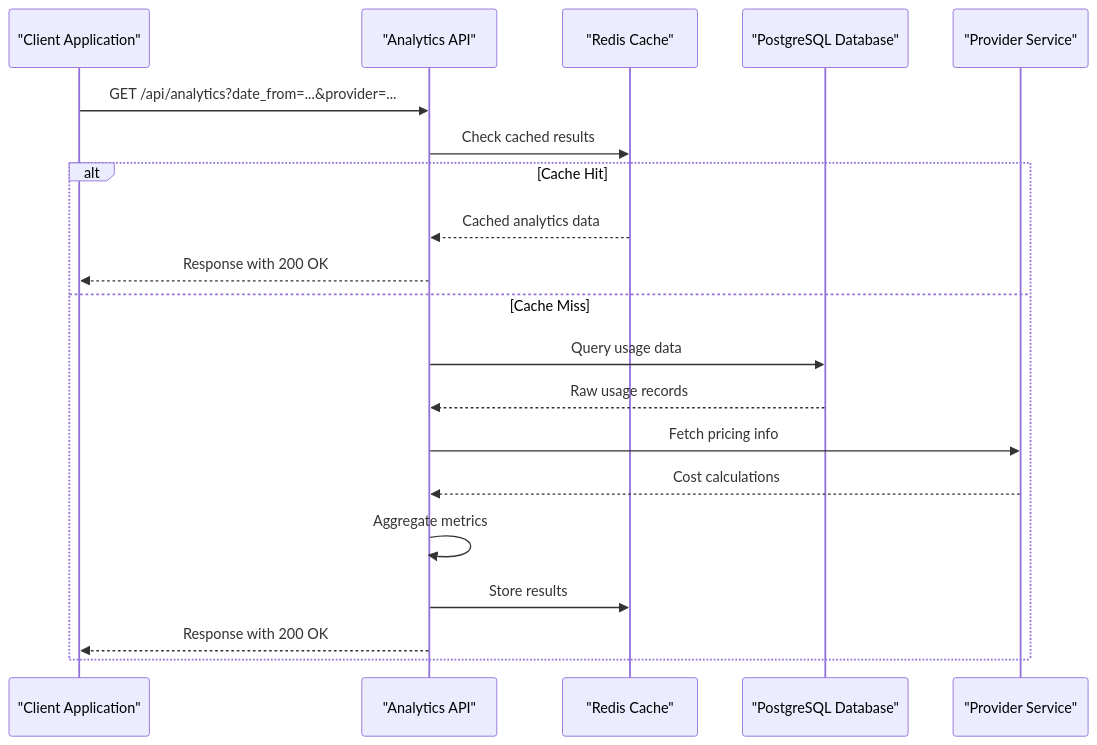
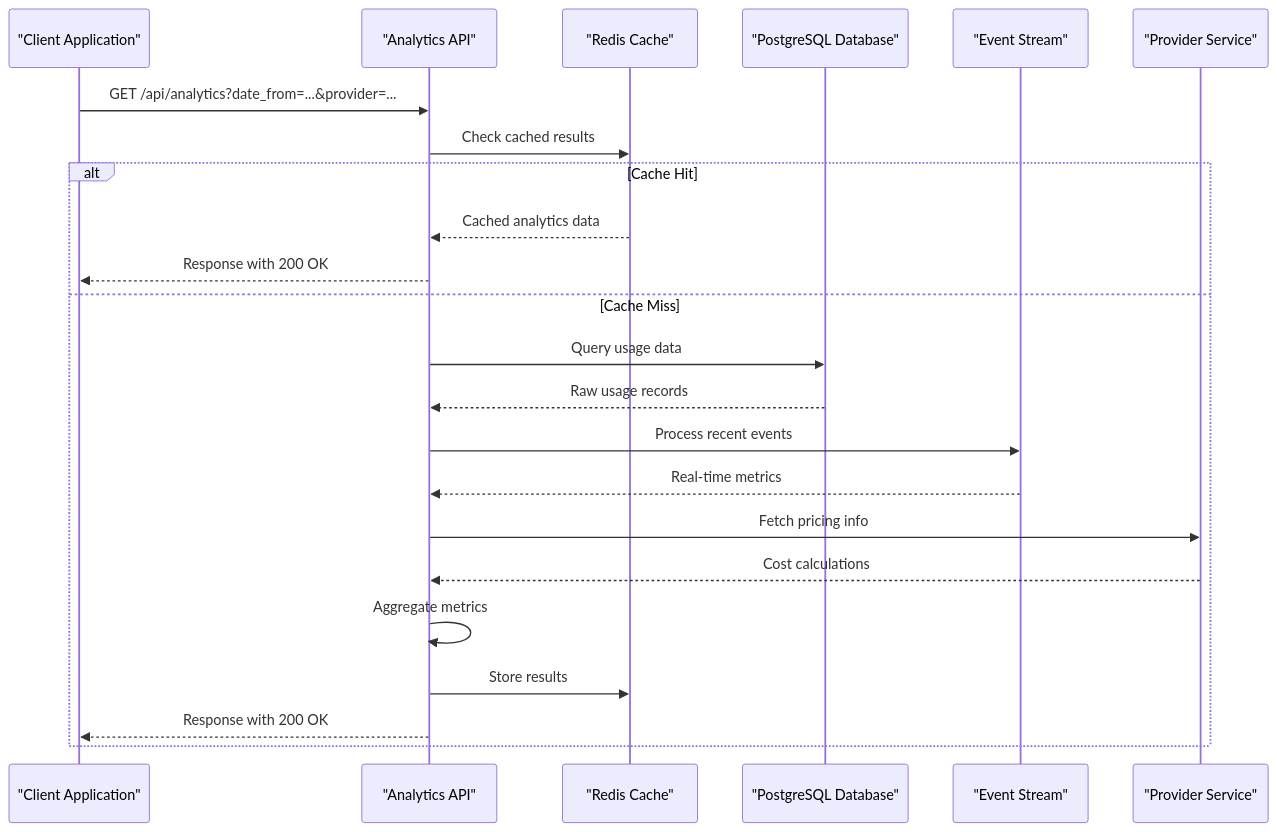
One commit to HassanAmeer/cheaprouter changed the second of 5 diagrams in .qoder/repowiki/en/content/API Reference/Analytics API.md. Above: the diagram before and after it, drawn with Mermaid. The commit also changed other lines of this file and 54 other files, not shown here.

````diff
--- a/.qoder/repowiki/en/content/API Reference/Analytics API.md
+++ b/.qoder/repowiki/en/content/API Reference/Analytics API.md
@@ -98,22 +123,25 @@
 ```mermaid
 sequenceDiagram
 participant Client as "Client Application"
 participant API as "Analytics API"
 participant Cache as "Redis Cache"
 participant DB as "PostgreSQL Database"
+participant EventStream as "Event Stream"
 participant Provider as "Provider Service"
 Client->>API : GET /api/analytics?date_from=...&provider=...
 API->>Cache : Check cached results
 alt Cache Hit
 Cache-->>API : Cached analytics data
 API-->>Client : Response with 200 OK
 else Cache Miss
 API->>DB : Query usage data
 DB-->>API : Raw usage records
+API->>EventStream : Process recent events
+EventStream-->>API : Real-time metrics
 API->>Provider : Fetch pricing info
 Provider-->>API : Cost calculations
 API->>API : Aggregate metrics
 API->>Cache : Store results
 API-->>Client : Response with 200 OK
 end
 ```
````
